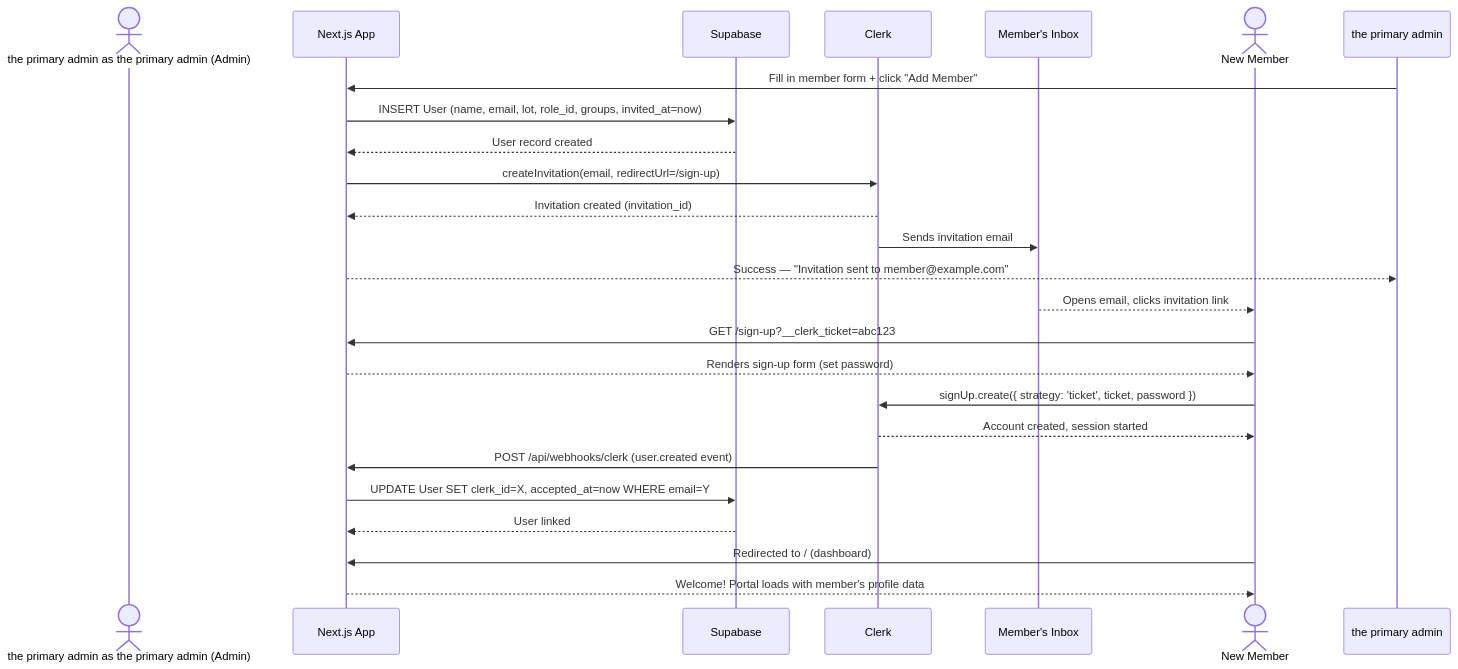
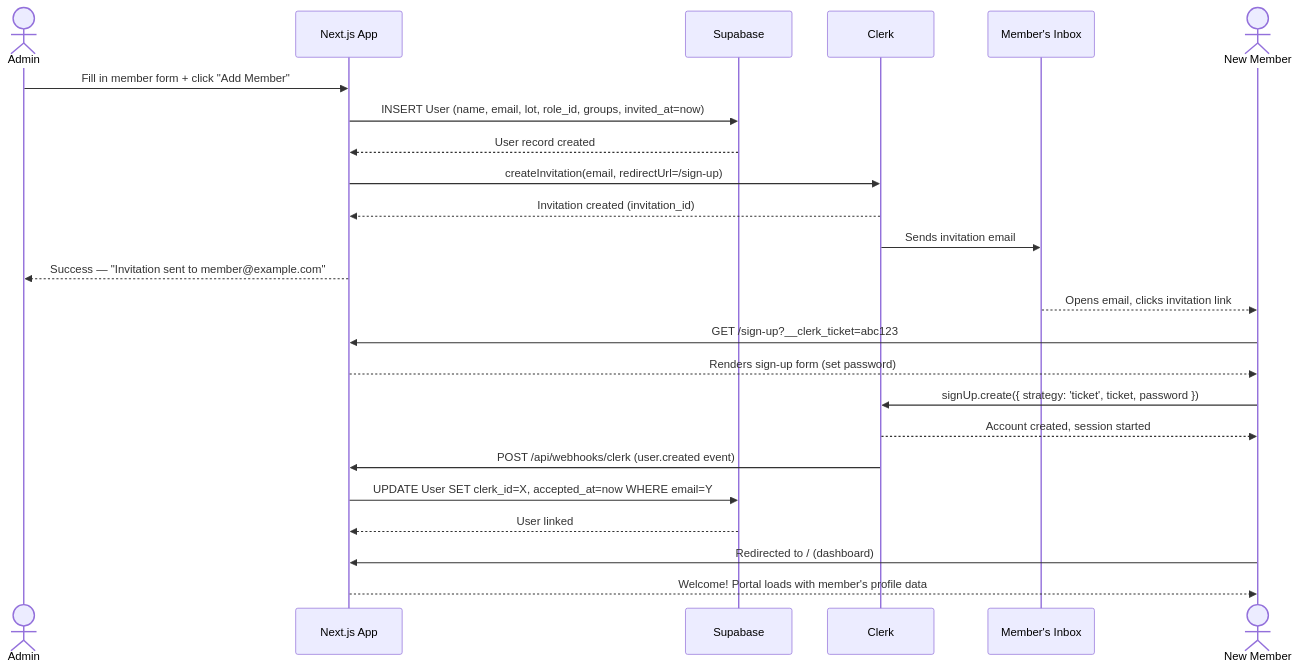
One commit to spencerevison/nsi-portal changed the second of 4 diagrams in docs/nsi-portal-onboarding-flow-design.md. Above: the diagram before and after it, drawn with Mermaid. The commit also changed other lines of this file and 4 other files, not shown here.

Commit message:
docs: tighten mermaid actor names and prose grammar in design docs

````diff
--- a/docs/nsi-portal-onboarding-flow-design.md
+++ b/docs/nsi-portal-onboarding-flow-design.md
@@ -55,28 +55,28 @@
 ```mermaid
 sequenceDiagram
-    actor the primary admin as the primary admin (Admin)
+    actor Admin
     participant App as Next.js App
     participant SB as Supabase
     participant CK as Clerk
     participant Email as Member's Inbox
     actor Member as New Member
 
-    the primary admin->>App: Fill in member form + click "Add Member"
+    Admin->>App: Fill in member form + click "Add Member"
     App->>SB: INSERT User (name, email, lot, role_id, groups, invited_at=now)
     SB-->>App: User record created
     App->>CK: createInvitation(email, redirectUrl=/sign-up)
     CK-->>App: Invitation created (invitation_id)
     CK->>Email: Sends invitation email
-    App-->>the primary admin: Success — "Invitation sent to member@example.com"
+    App-->>Admin: Success — "Invitation sent to member@example.com"
 
     Email-->>Member: Opens email, clicks invitation link
     Member->>App: GET /sign-up?__clerk_ticket=abc123
     App-->>Member: Renders sign-up form (set password)
     Member->>CK: signUp.create({ strategy: 'ticket', ticket, password })
     CK-->>Member: Account created, session started
     CK->>App: POST /api/webhooks/clerk (user.created event)
     App->>SB: UPDATE User SET clerk_id=X, accepted_at=now WHERE email=Y
     SB-->>App: User linked
     Member->>App: Redirected to / (dashboard)
     App-->>Member: Welcome! Portal loads with member's profile data
 ```
````
